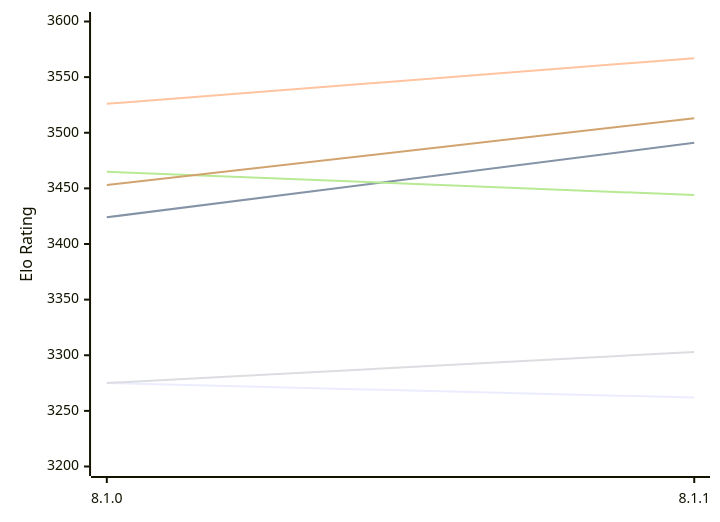
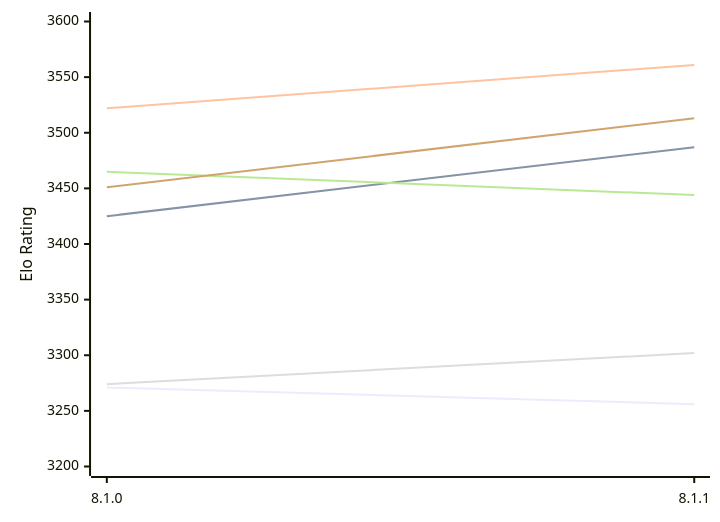
The first of 2 diagrams in engines/Velvet.md (computer-chess-index/cci), drawn with Mermaid before and after one commit. The commit also changed other lines of this file, not shown here.

Commit message:
Update CCI Ratings (ELO VLTC) - 2026-11-26

````diff
--- a/engines/Velvet.md
+++ b/engines/Velvet.md
@@ -51,12 +51,12 @@
 ```mermaid
 %%{init: {"theme":"base","themeVariables":{"seriesColors:['#a3a3a3','#222221','#faa371']}}}%%
 xychart-beta
   x-axis ["8.1.0", "8.1.1"]
   y-axis "Elo Rating" 3200 --> 3600
-  line "E1: STC (8.0+0.08s)" [3275, 3262]
-  line "E1: LTC (60.0+0.60s)" [3424, 3491]
-  line "E1: VLTC (2m24s+1.12s)" [3526, 3567]
-  line "P1: STC (8.0+0.08s)" [3275, 3303]
+  line "E1: STC (8.0+0.08s)" [3271, 3256]
+  line "E1: LTC (60.0+0.60s)" [3425, 3487]
+  line "E1: VLTC (2m24s+1.12s)" [3522, 3561]
+  line "P1: STC (8.0+0.08s)" [3274, 3302]
   line "P1: LTC (60.0+0.60s)" [3465, 3444]
-  line "P1: VLTC (2m24s+1.12s)" [3453, 3513]
+  line "P1: VLTC (2m24s+1.12s)" [3451, 3513]
 ```
````
